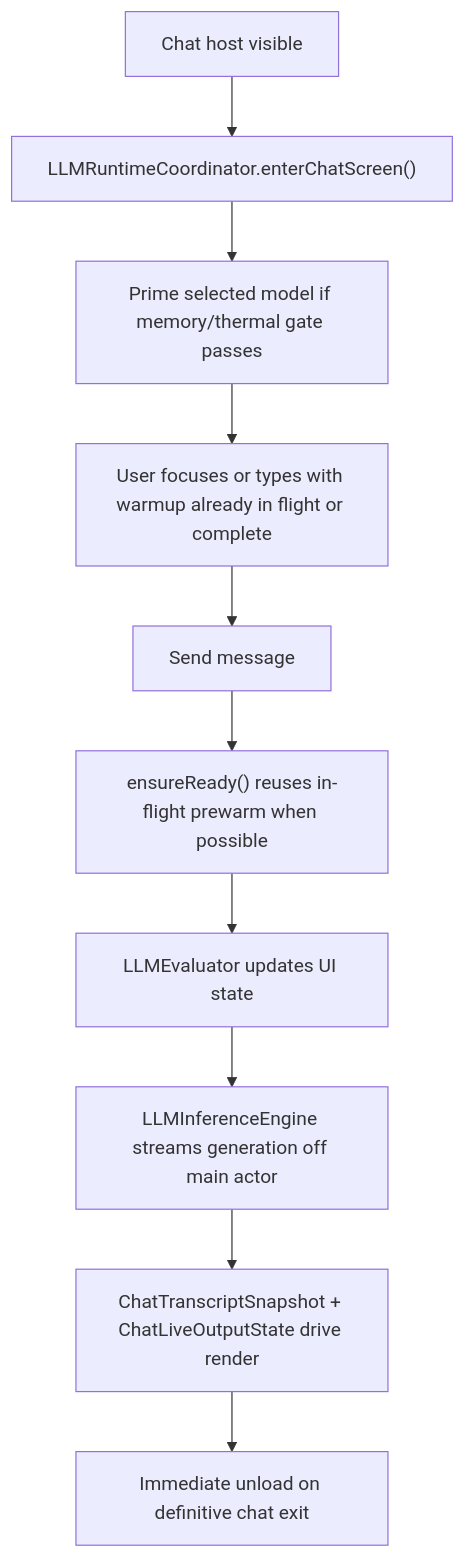
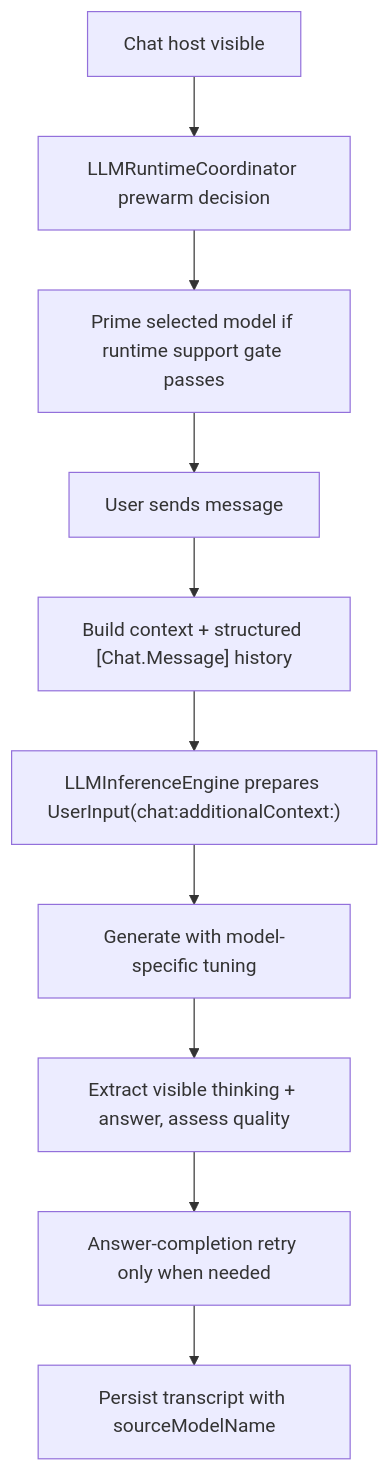
The second of 2 diagrams in docs/architecture/llm-feature-integration-handbook.md (Saransh-Sharma/Tasker), drawn with Mermaid before and after one commit. The commit also changed other lines of this file and 7 other files, not shown here.

````diff
--- a/docs/architecture/llm-feature-integration-handbook.md
+++ b/docs/architecture/llm-feature-integration-handbook.md
@@ -65,12 +60,12 @@
 ```mermaid
 flowchart TD
-    E["Chat host visible"] --> P["LLMRuntimeCoordinator.enterChatScreen()"]
-    P --> W["Prime selected model if memory/thermal gate passes"]
-    W --> F["User focuses or types with warmup already in flight or complete"]
-    F --> S["Send message"]
-    S --> R["ensureReady() reuses in-flight prewarm when possible"]
-    R --> G["LLMEvaluator updates UI state"]
-    G --> I["LLMInferenceEngine streams generation off main actor"]
-    I --> T["ChatTranscriptSnapshot + ChatLiveOutputState drive render"]
-    T --> X["Immediate unload on definitive chat exit"]
+    E["Chat host visible"] --> P["LLMRuntimeCoordinator prewarm decision"]
+    P --> W["Prime selected model if runtime support gate passes"]
+    W --> S["User sends message"]
+    S --> C["Build context + structured [Chat.Message] history"]
+    C --> G["LLMInferenceEngine prepares UserInput(chat:additionalContext:)"]
+    G --> X["Generate with model-specific tuning"]
+    X --> Q["Extract visible thinking + answer, assess quality"]
+    Q --> R["Answer-completion retry only when needed"]
+    R --> T["Persist transcript with sourceModelName"]
 ```
````
